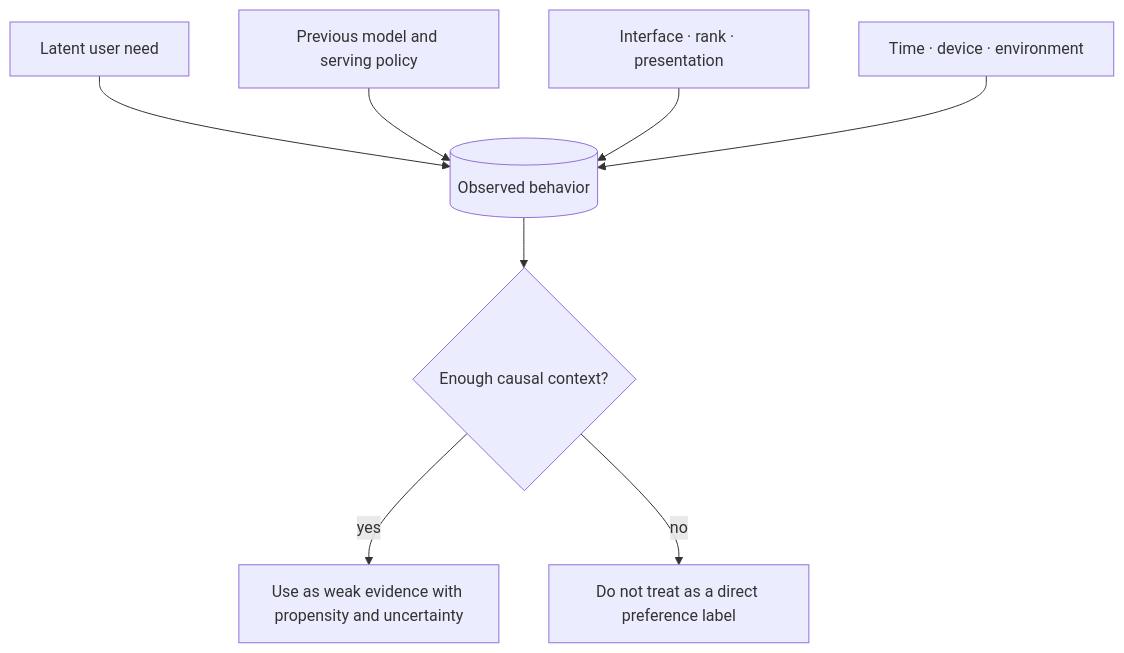
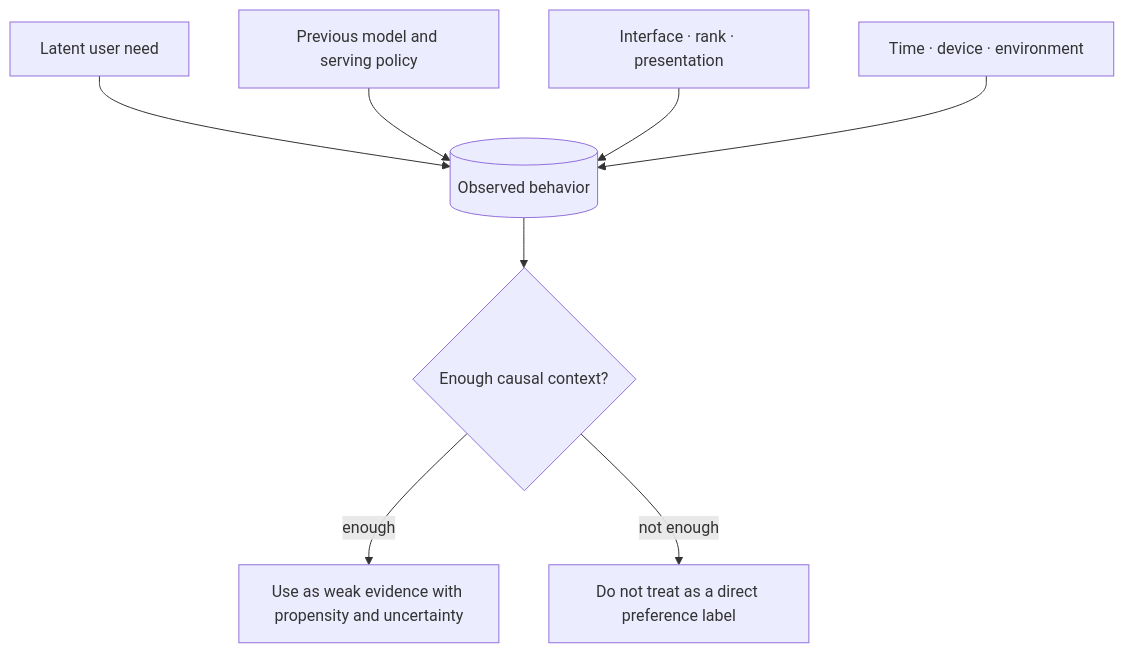
The diagram in 01-data-and-feedback/README.en.md (tianyi-zhang-02/cooking-agi), drawn with Mermaid before and after one commit. The commit also changed other lines of this file and 57 other files, not shown here.

````diff
--- a/01-data-and-feedback/README.en.md
+++ b/01-data-and-feedback/README.en.md
@@ -13,19 +33,19 @@
 ```mermaid
 flowchart TB
     A["Latent user need"]
     B["Previous model and serving policy"]
     C["Interface · rank · presentation"]
     D["Time · device · environment"]
     E[("Observed behavior")]
     F{"Enough causal context?"}
     G["Use as weak evidence with propensity and uncertainty"]
     H["Do not treat as a direct preference label"]
 
     A --> E
     B --> E
     C --> E
     D --> E
     E --> F
-    F -- "yes" --> G
-    F -- "no" --> H
+    F -- "enough" --> G
+    F -- "not enough" --> H
 ```
````
